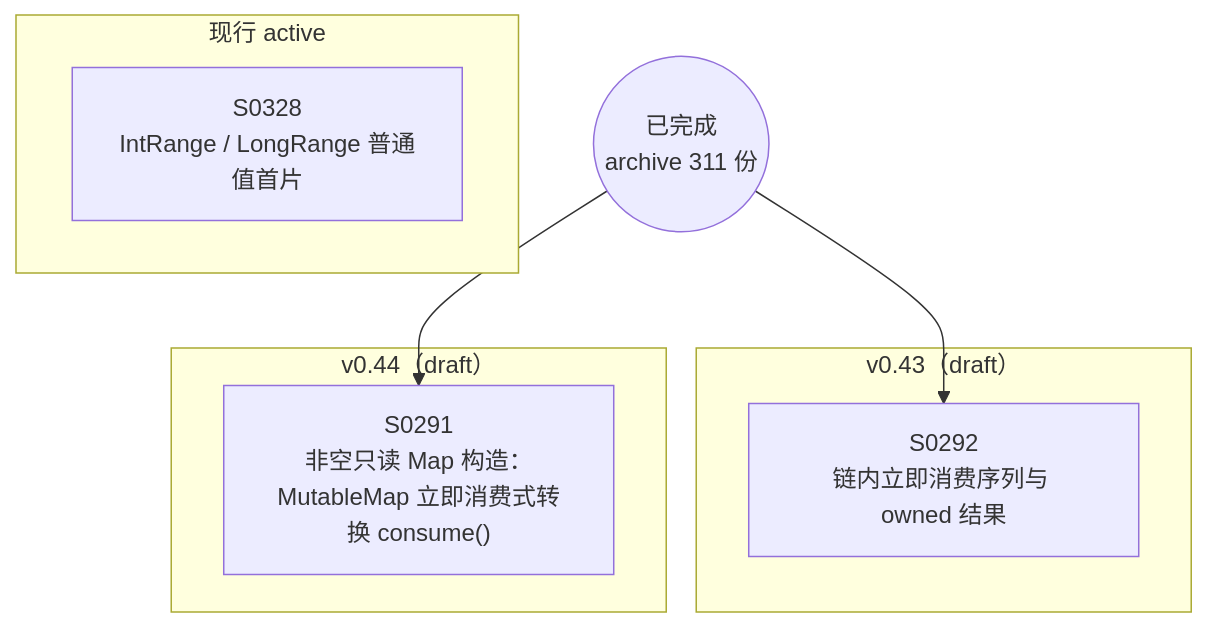
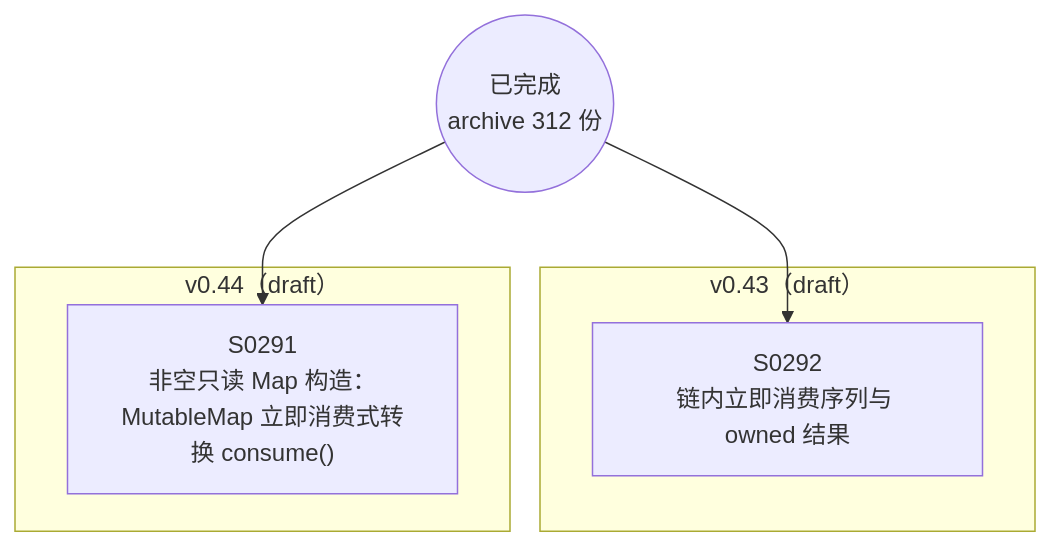
Before and after one commit to Halckon/Koven: the diagram in docs/specs/dependency-graph.md, drawn with Mermaid. The commit also changed other lines of this file and 10 other files, not shown here.

Commit message:
docs(spec0328): archive verified integer Range value delivery

````diff
--- a/docs/specs/dependency-graph.md
+++ b/docs/specs/dependency-graph.md
@@ -9,15 +9,12 @@
 ```mermaid
 flowchart TD
-ARCH(("已完成<br/>archive 311 份"))
-subgraph Gactive["现行 active"]
-  S0328["S0328<br/>IntRange / LongRange 普通值首片"]
-end
+ARCH(("已完成<br/>archive 312 份"))
 subgraph Gdrafts_v043["v0.43（draft）"]
   S0292["S0292<br/>链内立即消费序列与 owned 结果"]
 end
 subgraph Gdrafts_v044["v0.44（draft）"]
   S0291["S0291<br/>非空只读 Map 构造：MutableMap 立即消费式转换 consume()"]
 end
 ARCH --> S0291
 ARCH --> S0292
 ```
````
